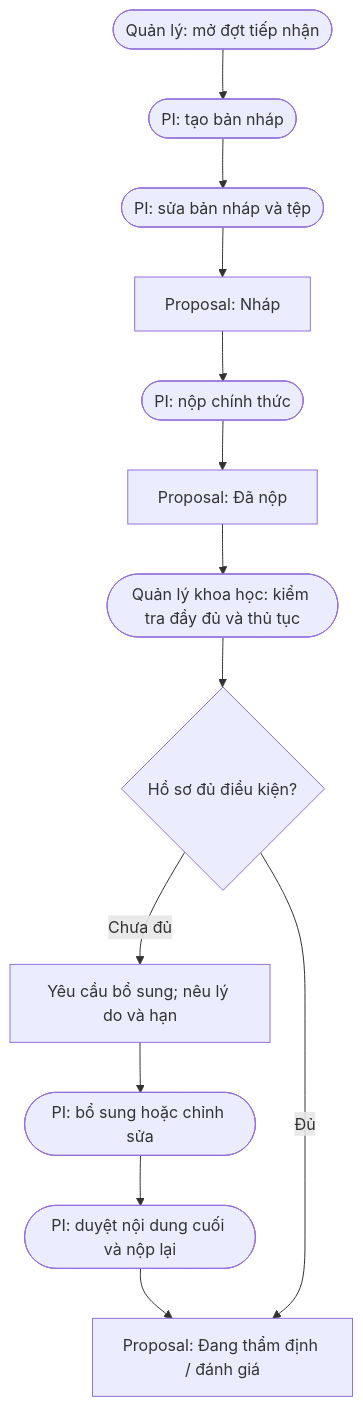
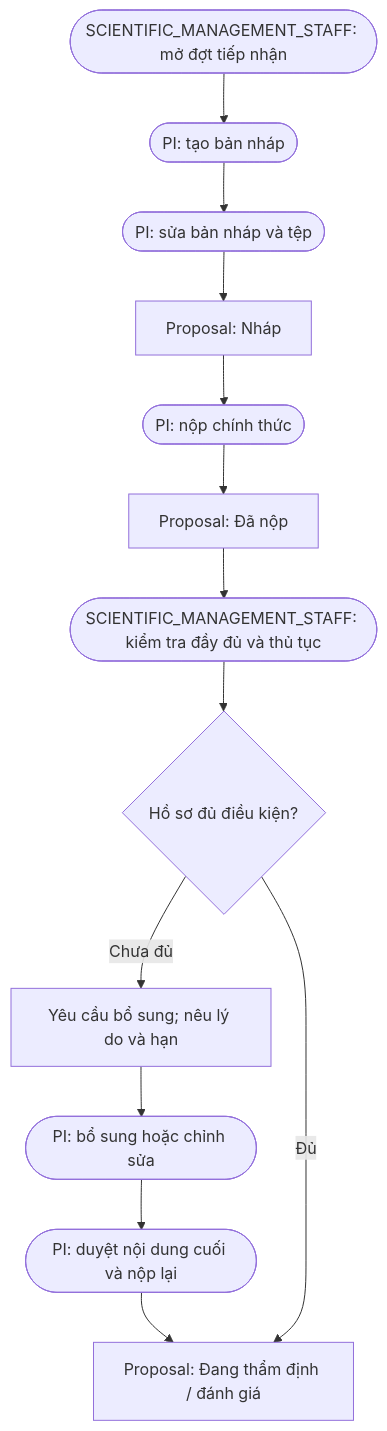
The diagram in docs/diagrams/document-creation.md (thanhdotien278/DocManS), drawn with Mermaid before and after one commit. The commit also changed 38 other files, not shown here.

````diff
--- a/docs/diagrams/document-creation.md
+++ b/docs/diagrams/document-creation.md
@@ -6,19 +6,19 @@
 ```mermaid
 flowchart TD
-  intake(["Quản lý: mở đợt tiếp nhận"])
+  intake(["SCIENTIFIC_MANAGEMENT_STAFF: mở đợt tiếp nhận"])
   create(["PI: tạo bản nháp"])
   edit(["PI: sửa bản nháp và tệp"])
   draft["Proposal: Nháp"]
   submit(["PI: nộp chính thức"])
   submitted["Proposal: Đã nộp"]
-  review(["Quản lý khoa học: kiểm tra đầy đủ và thủ tục"])
+  review(["SCIENTIFIC_MANAGEMENT_STAFF: kiểm tra đầy đủ và thủ tục"])
   complete{"Hồ sơ đủ điều kiện?"}
   missing["Yêu cầu bổ sung; nêu lý do và hạn"]
   correction(["PI: bổ sung hoặc chỉnh sửa"])
   resubmit(["PI: duyệt nội dung cuối và nộp lại"])
   under_review["Proposal: Đang thẩm định / đánh giá"]
 
   intake --> create --> edit --> draft --> submit --> submitted --> review --> complete
   complete -- "Chưa đủ" --> missing --> correction --> resubmit --> under_review
   complete -- "Đủ" --> under_review
 ```
````
